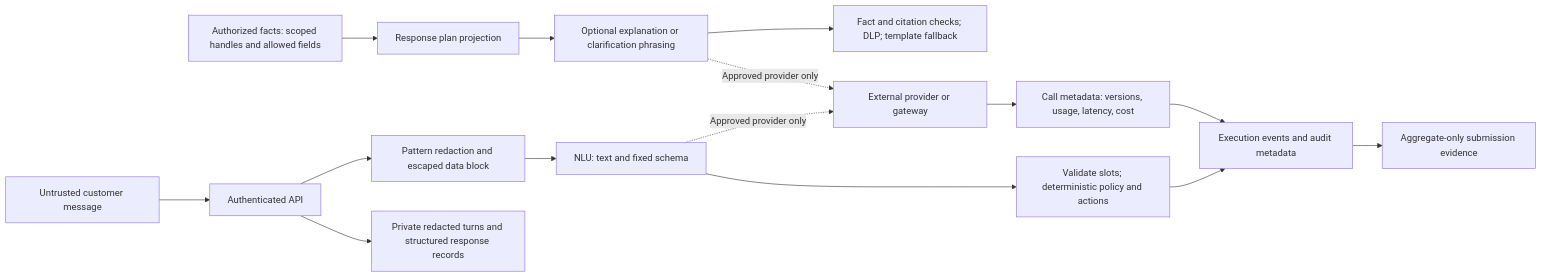
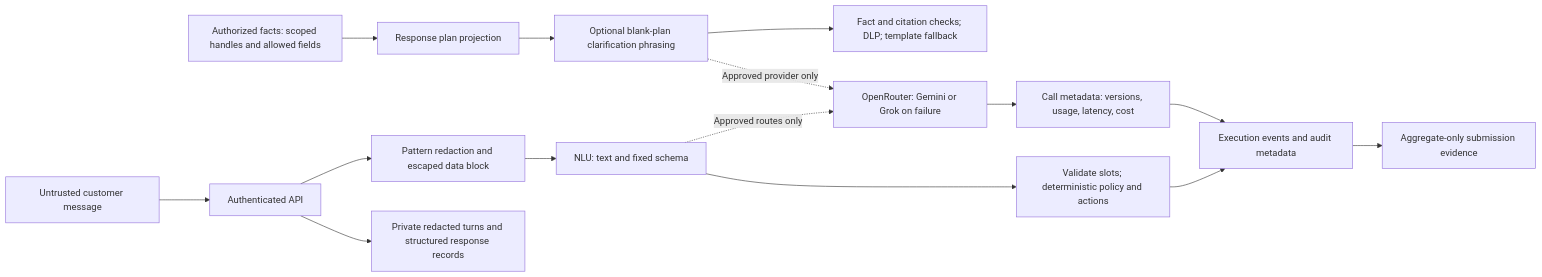
The diagram in docs/security/privacy-and-retention.md (sebastian-gm/factored-hackathon-2026-sebastian), drawn with Mermaid before and after one commit. The commit also changed other lines of this file and 16 other files, not shown here.

````diff
--- a/docs/security/privacy-and-retention.md
+++ b/docs/security/privacy-and-retention.md
@@ -16,17 +24,17 @@
 ```mermaid
 flowchart LR
   U[Untrusted customer message] --> B[Authenticated API]
   B --> R[Pattern redaction and escaped data block]
   R --> N[NLU: text and fixed schema]
   F[Authorized facts: scoped handles and allowed fields] --> P[Response plan projection]
-  P --> G[Optional explanation or clarification phrasing]
+  P --> G[Optional blank-plan clarification phrasing]
   N --> V[Validate slots; deterministic policy and actions]
   G --> D[Fact and citation checks; DLP; template fallback]
-  N -. Approved provider only .-> X[External provider or gateway]
+  N -. Approved routes only .-> X[OpenRouter: Gemini or Grok on failure]
   G -. Approved provider only .-> X
   B --> T[Private redacted turns and structured response records]
   V --> E[Execution events and audit metadata]
   X --> M[Call metadata: versions, usage, latency, cost]
   M --> E
   E --> A[Aggregate-only submission evidence]
 ```
````
